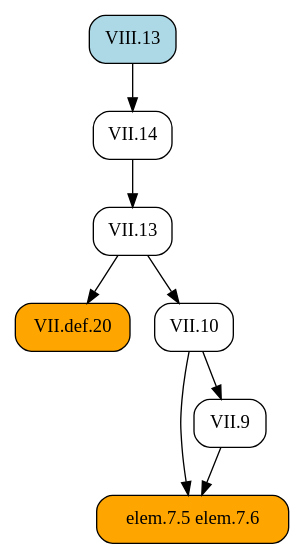
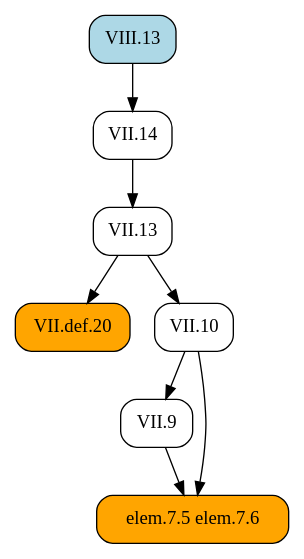
One commit to geometor/elements changed the diagram in docsrc/heath/VIII/13/index.rst. Above: the diagram before and after it, drawn with Graphviz. The commit also changed other lines of this file and 484 other files, not shown here.

```diff
--- a/docsrc/heath/VIII/13/index.rst
+++ b/docsrc/heath/VIII/13/index.rst
@@ -42,20 +42,20 @@
 .. graphviz::
 
    digraph {
      rankdir="TB";
      node [shape=box, style=rounded];
+     "VII.13" [URL="/heath/VII/13/", target="_top"];
+     "VII.9" [URL="/heath/VII/9/", target="_top"];
+     "VIII.13" [style="rounded,filled", fillcolor=lightblue, URL="/heath/VIII/13/", target="_top"];
      "elem.7.5 elem.7.6" [style="rounded,filled", fillcolor=orange];
-     "VII.13" [URL="/heath/VII/13/", target="_top"];
      "VII.14" [URL="/heath/VII/14/", target="_top"];
      "VII.def.20" [style="rounded,filled", fillcolor=orange, URL="/heath/VII/def.20/", target="_top"];
      "VII.10" [URL="/heath/VII/10/", target="_top"];
-     "VIII.13" [style="rounded,filled", fillcolor=lightblue, URL="/heath/VIII/13/", target="_top"];
-     "VII.9" [URL="/heath/VII/9/", target="_top"];
+     "VII.14" -> "VII.13";
+     "VII.10" -> "VII.9";
      "VII.9" -> "elem.7.5 elem.7.6";
      "VII.10" -> "elem.7.5 elem.7.6";
-     "VII.14" -> "VII.13";
      "VIII.13" -> "VII.14";
      "VII.13" -> "VII.def.20";
      "VII.13" -> "VII.10";
-     "VII.10" -> "VII.9";
    }
```
